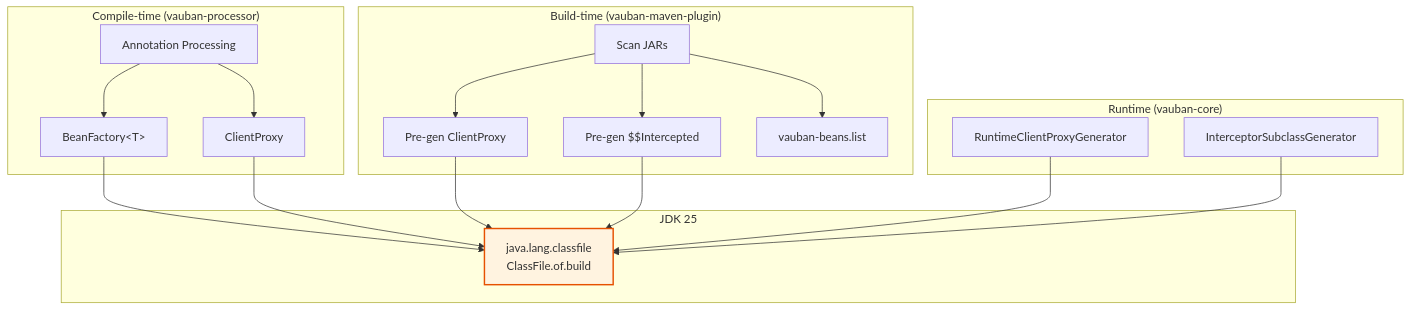
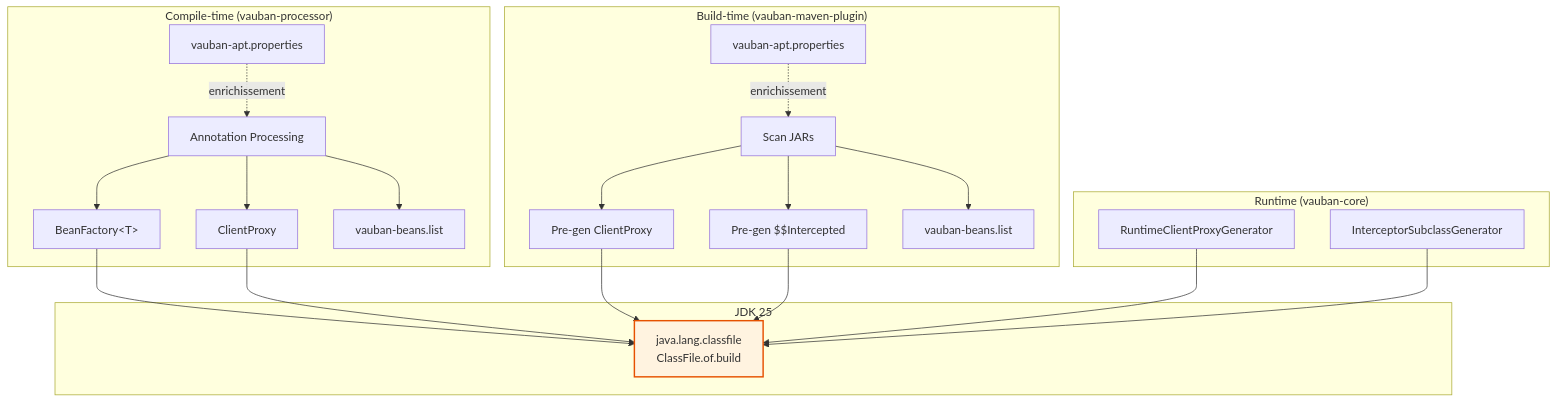
The tenth of 10 diagrams in docs/architecture.md (vidocq-stack/vauban), drawn with Mermaid before and after one commit. The commit also changed other lines of this file and 1 other file, not shown here.

First line of the commit message:
docs: document vauban-apt.properties bean enrichment

````diff
--- a/docs/architecture.md
+++ b/docs/architecture.md
@@ -400,31 +400,34 @@
 ```mermaid
 flowchart TD
     subgraph "Compile-time (vauban-processor)"
         APT[Annotation Processing] --> EF[BeanFactory&lt;T&gt;]
         APT --> CP[ClientProxy]
+        APT --> LIST_APT[vauban-beans.list]
+        PROPS[vauban-apt.properties] -.->|enrichissement| APT
     end
 
     subgraph "Build-time (vauban-maven-plugin)"
         SCAN[Scan JARs] --> PRE_CP[Pre-gen ClientProxy]
         SCAN --> PRE_INT[Pre-gen $$Intercepted]
         SCAN --> LIST[vauban-beans.list]
+        PROPS2[vauban-apt.properties] -.->|enrichissement| SCAN
     end
 
     subgraph "Runtime (vauban-core)"
         RT_CP[RuntimeClientProxyGenerator]
         RT_INT[InterceptorSubclassGenerator]
     end
 
     subgraph "JDK 25"
         CF[java.lang.classfile<br/>ClassFile.of.build]
     end
 
     EF --> CF
     CP --> CF
     PRE_CP --> CF
     PRE_INT --> CF
     RT_CP --> CF
     RT_INT --> CF
 
     style CF fill:#fff3e0,stroke:#e65100,stroke-width:2px
 ```
````
